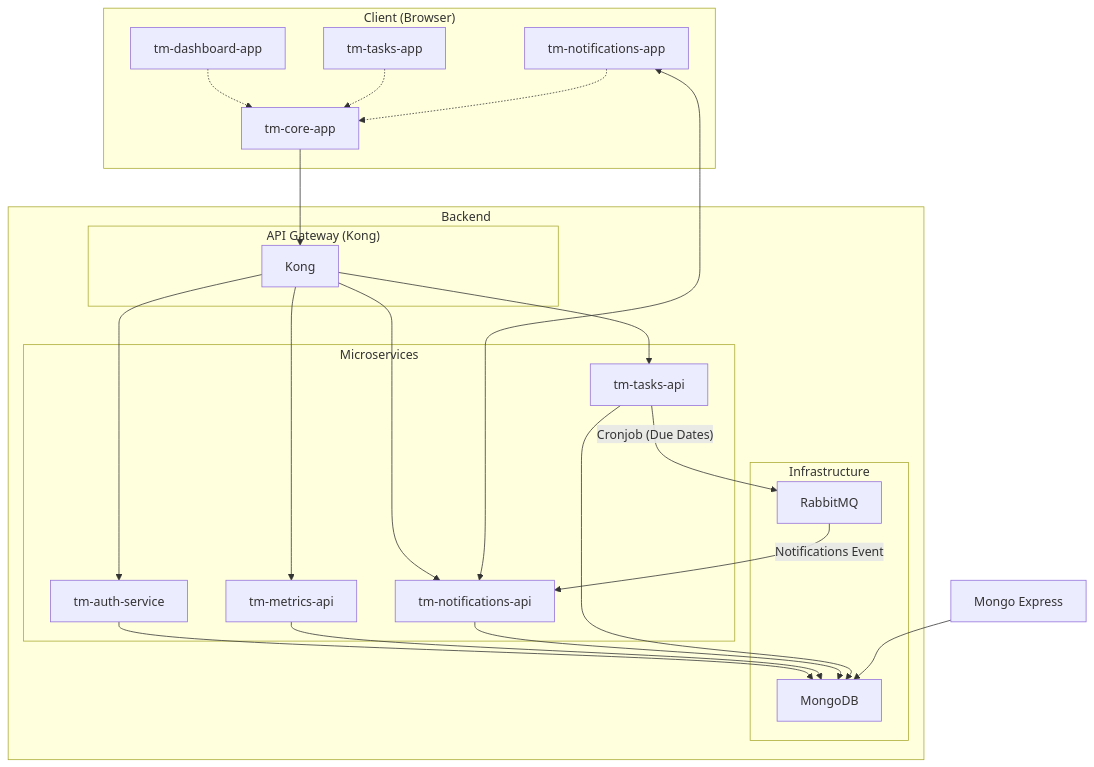
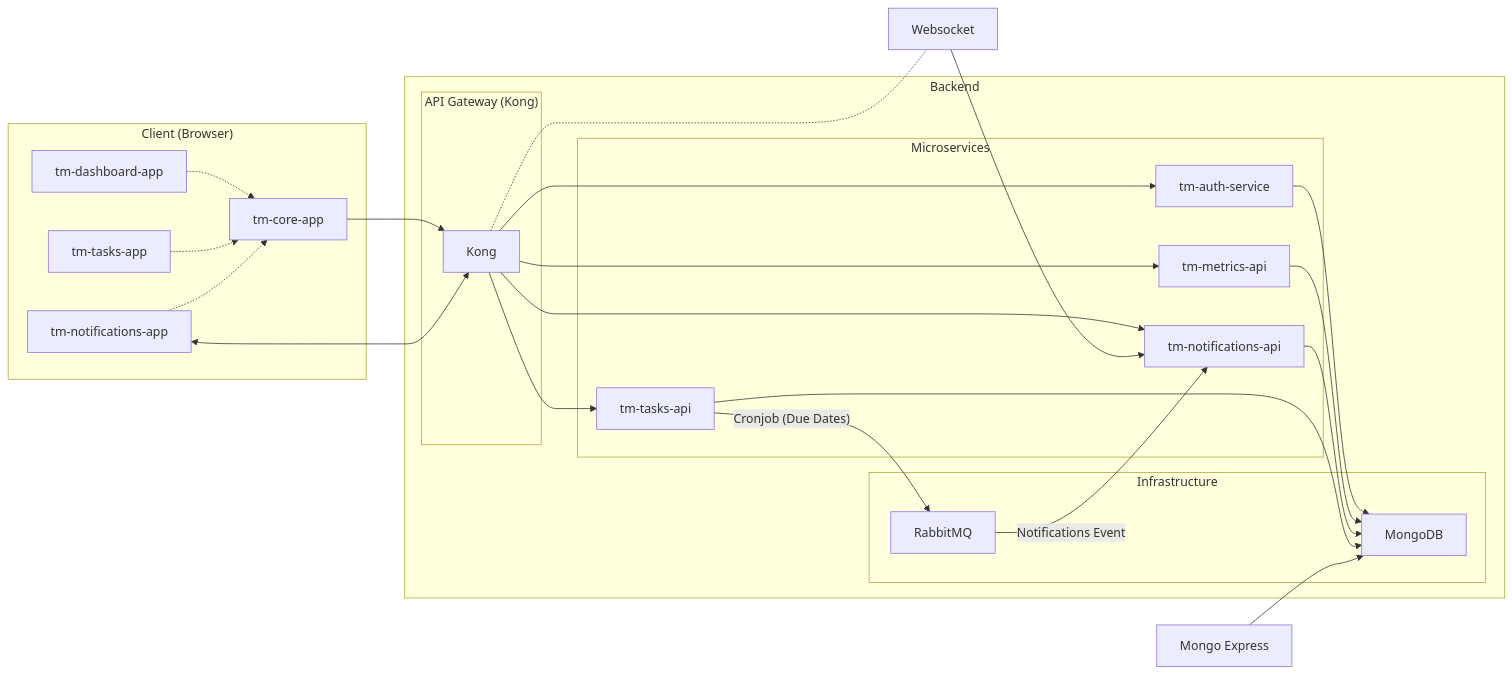
One commit to Zyoruk/task-manager changed the diagram in README.md. Above: the diagram before and after it, drawn with Mermaid. The commit also changed other lines of this file, not shown here.

````diff
--- a/README.md
+++ b/README.md
@@ -113,42 +114,40 @@
 ```mermaid
-graph TD
+graph LR
   subgraph "Client (Browser)"
     A["tm-core-app"]
     B["tm-dashboard-app"]
     C["tm-tasks-app"]
     D["tm-notifications-app"]
   end
   subgraph "Backend"
     subgraph "API Gateway (Kong)"
       L["Kong"]
     end
     subgraph "Microservices"
       E["tm-auth-service"]
       F["tm-metrics-api"]
       G["tm-notifications-api"]
       H["tm-tasks-api"]
     end
     subgraph "Infrastructure"
       I["RabbitMQ"]
       J["MongoDB"]
     end
   end
-  A --> L
+  A --> L 
   L --> E
   L --> F
   L --> G
   L --> H
   E --> J
   F --> J
   G --> J
   H --> J
   H -- Cronjob (Due Dates) --> I
   I -- Notifications Event --> G
   K["Mongo Express"] --> J
   B -.-> A
   C -.-> A
   D -.-> A
-  D <--> G 
-
-
+  D <--> L -.- Websocket --> G 
 ```
````
